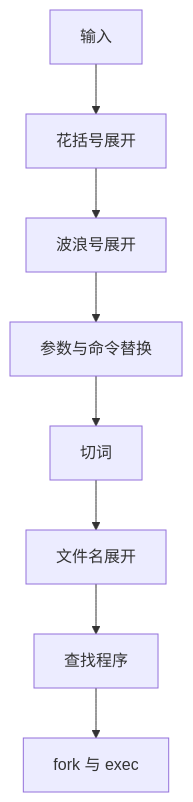
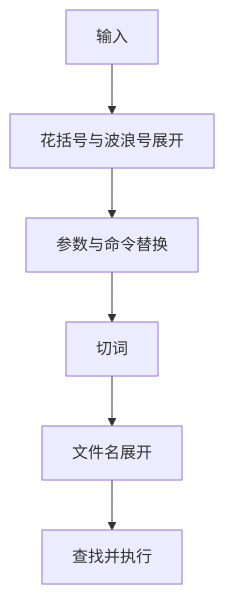
Before and after one commit to csfive/home: the diagram in docs/ms/00/command-journey.md, drawn with Mermaid.

Commit message:
docs: simplify the command expansion diagram
Six nodes keep the flow readable on phones.

````diff
--- a/docs/ms/00/command-journey.md
+++ b/docs/ms/00/command-journey.md
@@ -12,10 +12,8 @@
 ```mermaid
 flowchart TD
-  A[输入] --> B[花括号展开]
-  B --> C[波浪号展开]
-  C --> D[参数与命令替换]
-  D --> E[切词]
-  E --> F[文件名展开]
-  F --> G[查找程序]
-  G --> H[fork 与 exec]
+  A[输入] --> B[花括号与波浪号展开]
+  B --> C[参数与命令替换]
+  C --> D[切词]
+  D --> E[文件名展开]
+  E --> F[查找并执行]
 ```
````
